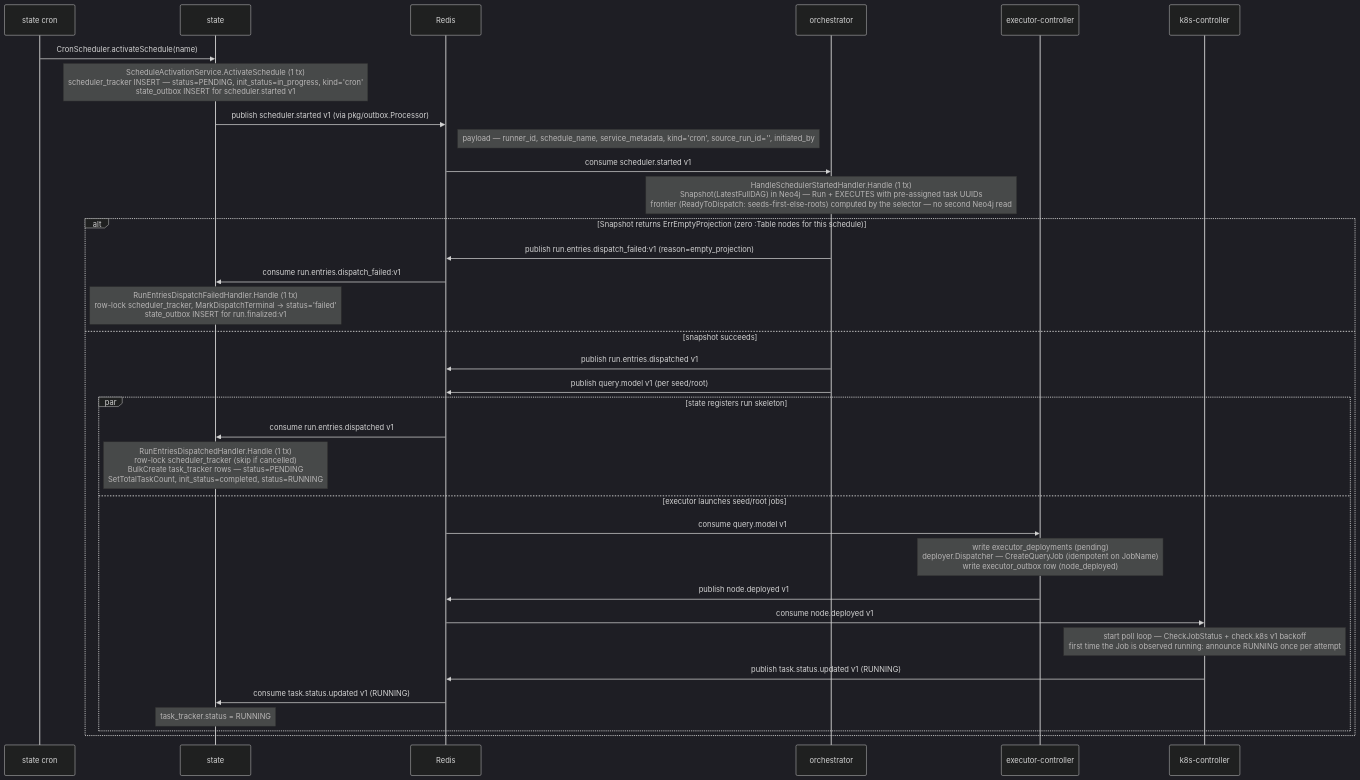
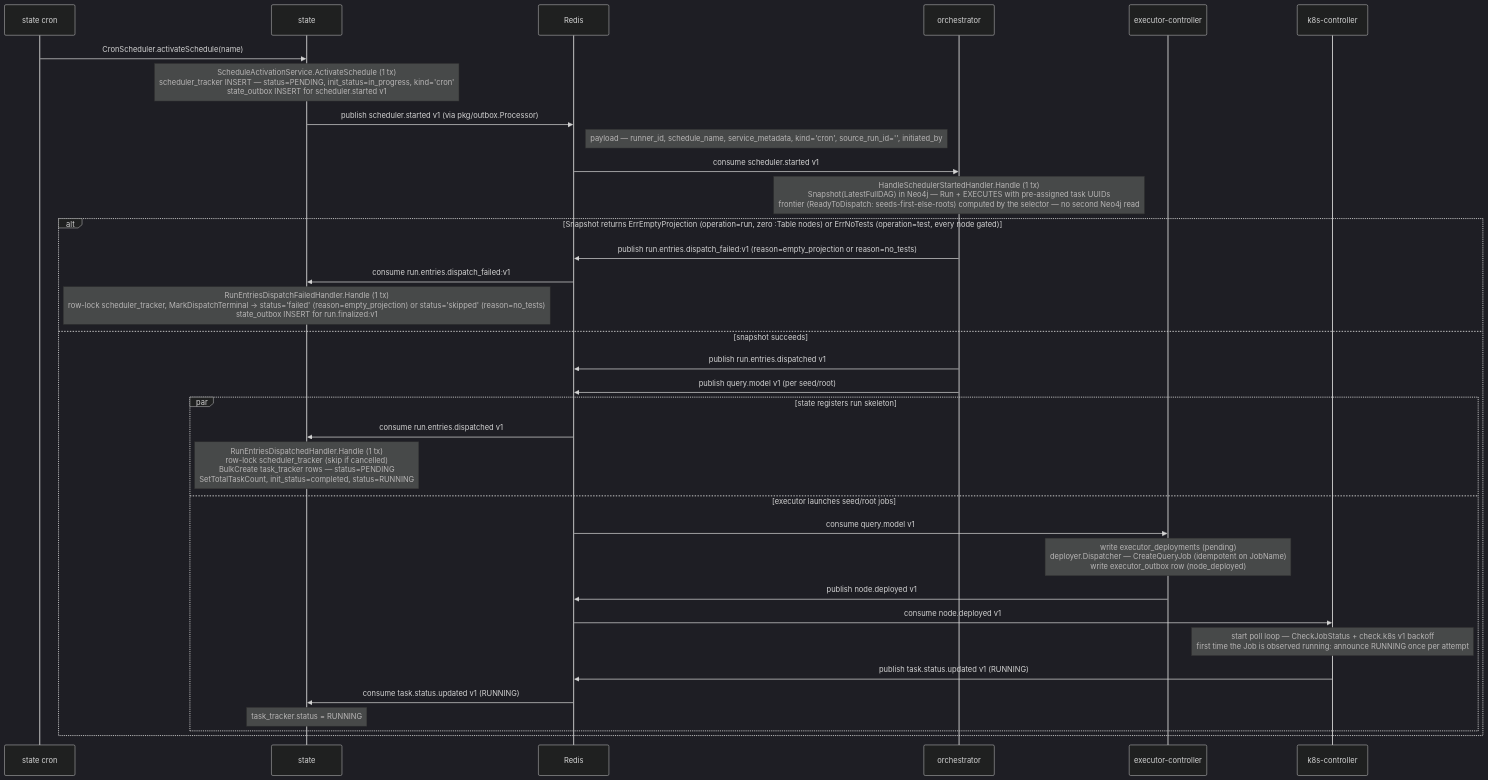
One commit to carolsimone/continuo changed the first of 13 diagrams in docs/arch/03-sequence-flows.md. Above: the diagram before and after it, drawn with Mermaid (dark theme). The commit also changed 7 other files, not shown here.

First line of the commit message:
refactor: align dispatch-terminal naming/docs with skipped status (DDD audit follow-ups) (#262)

````diff
--- a/docs/arch/03-sequence-flows.md
+++ b/docs/arch/03-sequence-flows.md
@@ -5,39 +5,39 @@
 ```mermaid
 sequenceDiagram
   participant Cron as state cron
   participant ST as state
   participant R as Redis
   participant OR as orchestrator
   participant EC as executor-controller
   participant KC as k8s-controller
 
   Cron->>ST: CronScheduler.activateSchedule(name)
   Note over ST: ScheduleActivationService.ActivateSchedule (1 tx)<br/>scheduler_tracker INSERT — status=PENDING, init_status=in_progress, kind='cron'<br/>state_outbox INSERT for scheduler.started v1
   ST->>R: publish scheduler.started v1 (via pkg/outbox.Processor)
   Note right of R: payload — runner_id, schedule_name, service_metadata, kind='cron', source_run_id='', initiated_by
 
   R->>OR: consume scheduler.started v1
   Note over OR: HandleSchedulerStartedHandler.Handle (1 tx)<br/>Snapshot(LatestFullDAG) in Neo4j — Run + EXECUTES with pre-assigned task UUIDs<br/>frontier (ReadyToDispatch: seeds-first-else-roots) computed by the selector — no second Neo4j read
-  alt Snapshot returns ErrEmptyProjection (zero :Table nodes for this schedule)
-    OR->>R: publish run.entries.dispatch_failed:v1 (reason=empty_projection)
+  alt Snapshot returns ErrEmptyProjection (operation=run, zero :Table nodes) or ErrNoTests (operation=test, every node gated)
+    OR->>R: publish run.entries.dispatch_failed:v1 (reason=empty_projection or reason=no_tests)
     R->>ST: consume run.entries.dispatch_failed:v1
-    Note over ST: RunEntriesDispatchFailedHandler.Handle (1 tx)<br/>row-lock scheduler_tracker, MarkDispatchTerminal → status='failed'<br/>state_outbox INSERT for run.finalized:v1
+    Note over ST: RunEntriesDispatchFailedHandler.Handle (1 tx)<br/>row-lock scheduler_tracker, MarkDispatchTerminal → status='failed' (reason=empty_projection) or status='skipped' (reason=no_tests)<br/>state_outbox INSERT for run.finalized:v1
   else snapshot succeeds
     OR->>R: publish run.entries.dispatched v1
     OR->>R: publish query.model v1 (per seed/root)
 
     par state registers run skeleton
       R->>ST: consume run.entries.dispatched v1
       Note over ST: RunEntriesDispatchedHandler.Handle (1 tx)<br/>row-lock scheduler_tracker (skip if cancelled)<br/>BulkCreate task_tracker rows — status=PENDING<br/>SetTotalTaskCount, init_status=completed, status=RUNNING
     and executor launches seed/root jobs
       R->>EC: consume query.model v1
       Note over EC: write executor_deployments (pending)<br/>deployer.Dispatcher — CreateQueryJob (idempotent on JobName)<br/>write executor_outbox row (node_deployed)
       EC->>R: publish node.deployed v1
       R->>KC: consume node.deployed v1
       Note over KC: start poll loop — CheckJobStatus + check.k8s v1 backoff<br/>first time the Job is observed running: announce RUNNING once per attempt
       KC->>R: publish task.status.updated v1 (RUNNING)
       R->>ST: consume task.status.updated v1 (RUNNING)
       Note over ST: task_tracker.status = RUNNING
     end
   end
 ```
````
